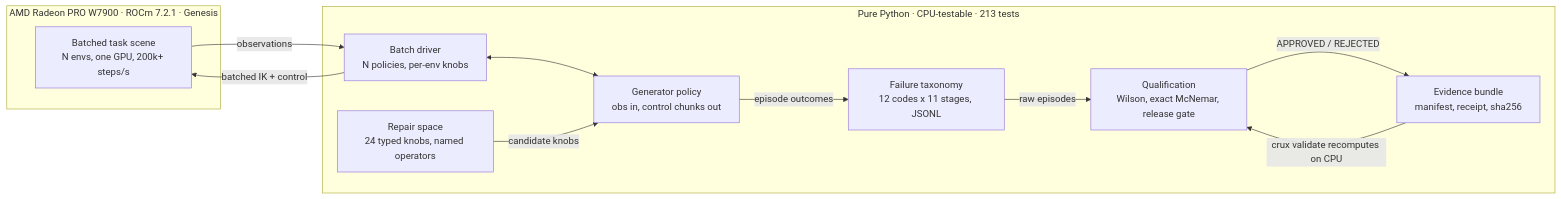
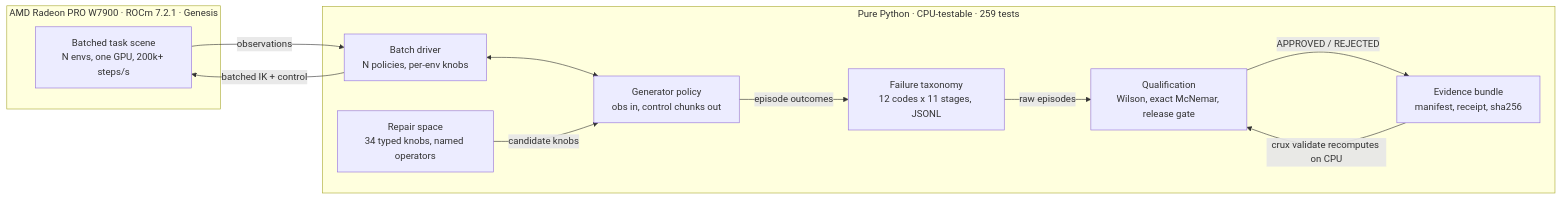
One commit to Enoch208/Crux changed the diagram in README.md. Above: the diagram before and after it, drawn with Mermaid. The commit also changed other lines of this file and 39 other files, not shown here.

````diff
--- a/README.md
+++ b/README.md
@@ -123,22 +123,22 @@
 ```mermaid
 flowchart LR
     subgraph GPU["AMD Radeon PRO W7900 · ROCm 7.2.1 · Genesis"]
         SCENE["Batched task scene<br/>N envs, one GPU, 200k+ steps/s"]
     end
-    subgraph CPU["Pure Python · CPU-testable · 213 tests"]
+    subgraph CPU["Pure Python · CPU-testable · 259 tests"]
         POLICY["Generator policy<br/>obs in, control chunks out"]
         DRIVER["Batch driver<br/>N policies, per-env knobs"]
         TAX["Failure taxonomy<br/>12 codes x 11 stages, JSONL"]
-        REPAIR["Repair space<br/>24 typed knobs, named operators"]
+        REPAIR["Repair space<br/>34 typed knobs, named operators"]
         QUAL["Qualification<br/>Wilson, exact McNemar, release gate"]
         EVID["Evidence bundle<br/>manifest, receipt, sha256"]
     end
     DRIVER -->|batched IK + control| SCENE
     SCENE -->|observations| DRIVER
     DRIVER <--> POLICY
     POLICY -->|episode outcomes| TAX
     TAX -->|raw episodes| QUAL
     REPAIR -->|candidate knobs| POLICY
     QUAL -->|APPROVED / REJECTED| EVID
     EVID -->|crux validate recomputes on CPU| QUAL
 ```
````
